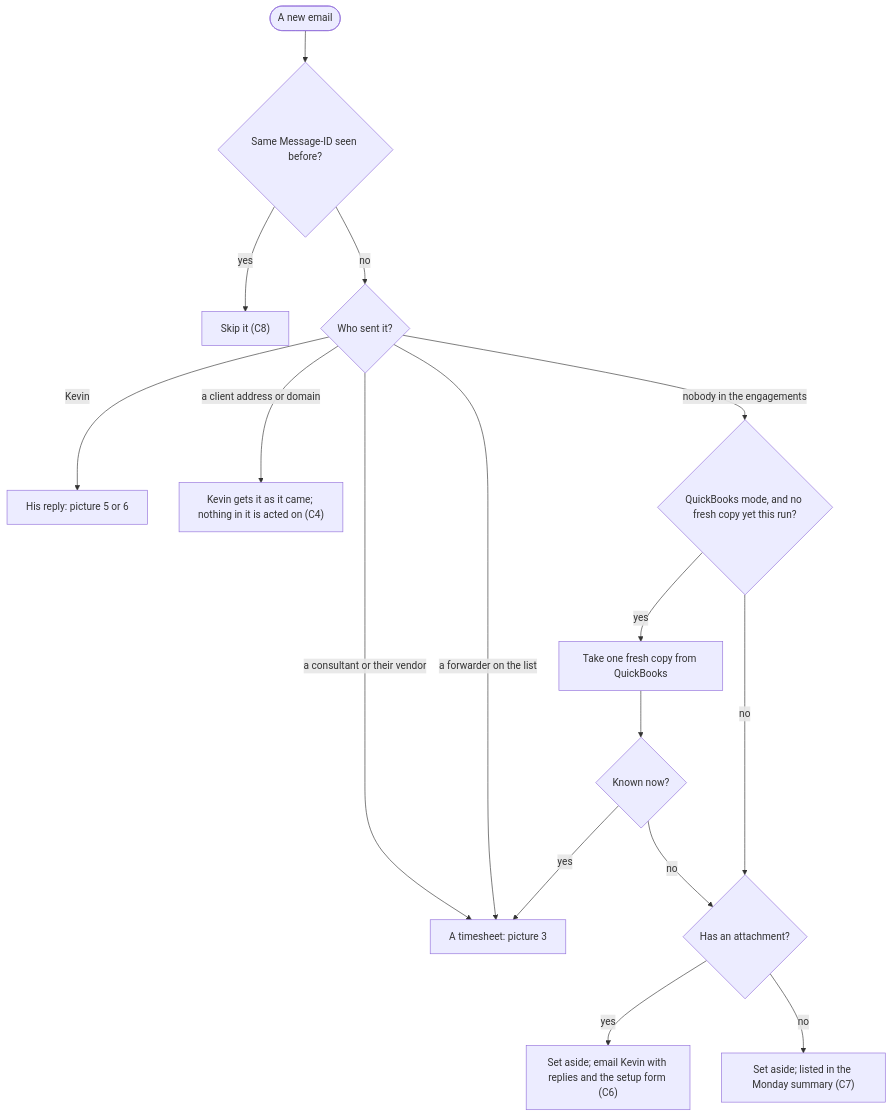
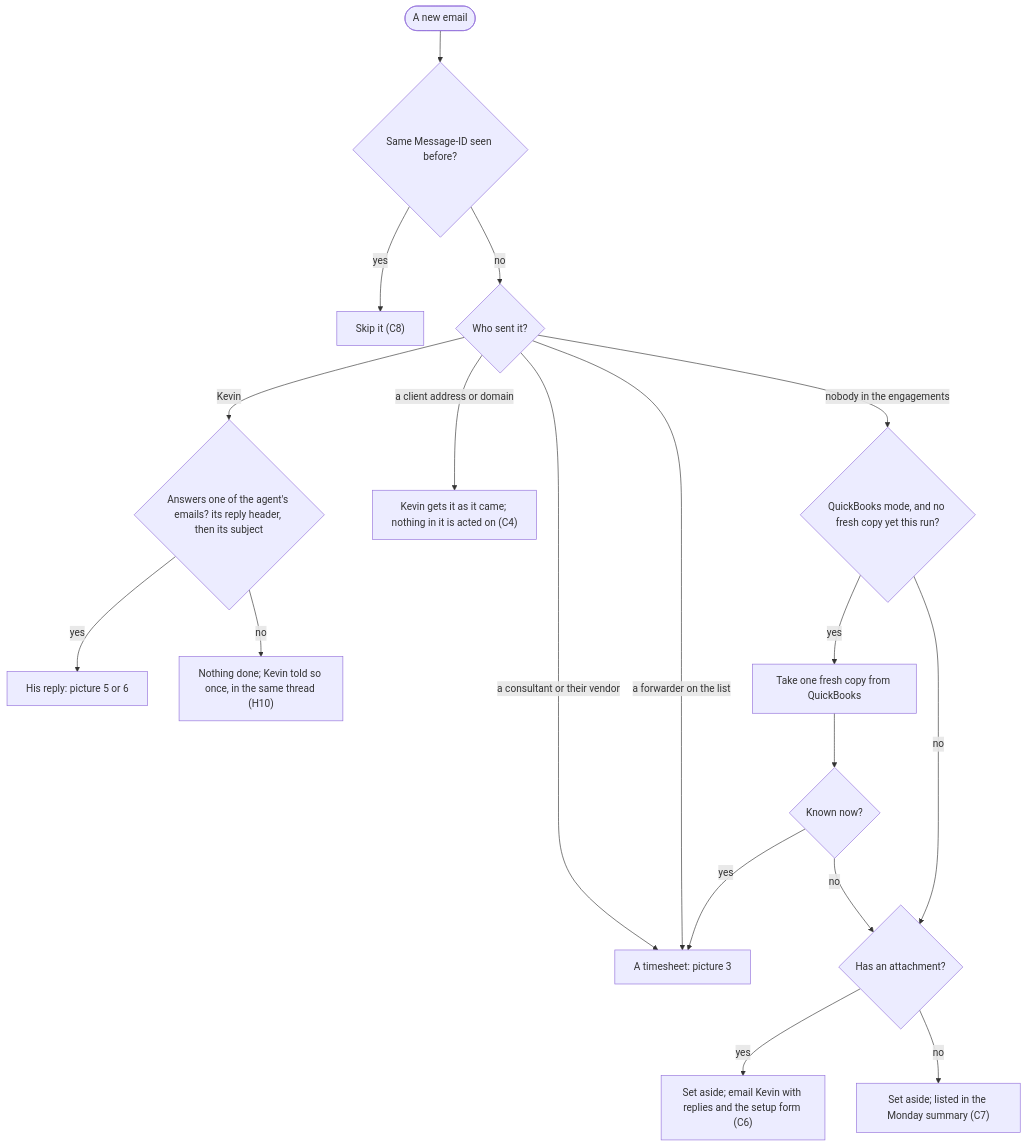
One commit to ARathie/finance-ops-agent changed the second of 7 diagrams in docs/how-it-works.md. Above: the diagram before and after it, drawn with Mermaid. The commit also changed 9 other files, not shown here.

First line of the commit message:
fix: tell Kevin when his email answers nothing the agent sent (gap G4)

````diff
--- a/docs/how-it-works.md
+++ b/docs/how-it-works.md
@@ -144,18 +144,20 @@
 ```mermaid
 flowchart TD
     e(["A new email"]) --> seen{"Same Message-ID seen before?"}
     seen -- "yes" --> skip["Skip it (C8)"]
     seen -- "no" --> who{"Who sent it?"}
-    who -- "Kevin" --> kevin["His reply: picture 5 or 6"]
+    who -- "Kevin" --> answers{"Answers one of the agent's emails? its reply header, then its subject"}
+    answers -- "yes" --> kevin["His reply: picture 5 or 6"]
+    answers -- "no" --> nomatch["Nothing done; Kevin told so once, in the same thread (H10)"]
     who -- "a consultant or their vendor" --> ts["A timesheet: picture 3"]
     who -- "a forwarder on the list" --> ts
     who -- "a client address or domain" --> client["Kevin gets it as it came; nothing in it is acted on (C4)"]
     who -- "nobody in the engagements" --> mode{"QuickBooks mode, and no fresh copy yet this run?"}
     mode -- "yes" --> refresh["Take one fresh copy from QuickBooks"]
     refresh --> again{"Known now?"}
     again -- "yes" --> ts
     again -- "no" --> unknown
     mode -- "no" --> unknown{"Has an attachment?"}
     unknown -- "yes" --> asidemail["Set aside; email Kevin with replies and the setup form (C6)"]
     unknown -- "no" --> asidequiet["Set aside; listed in the Monday summary (C7)"]
 ```
````
